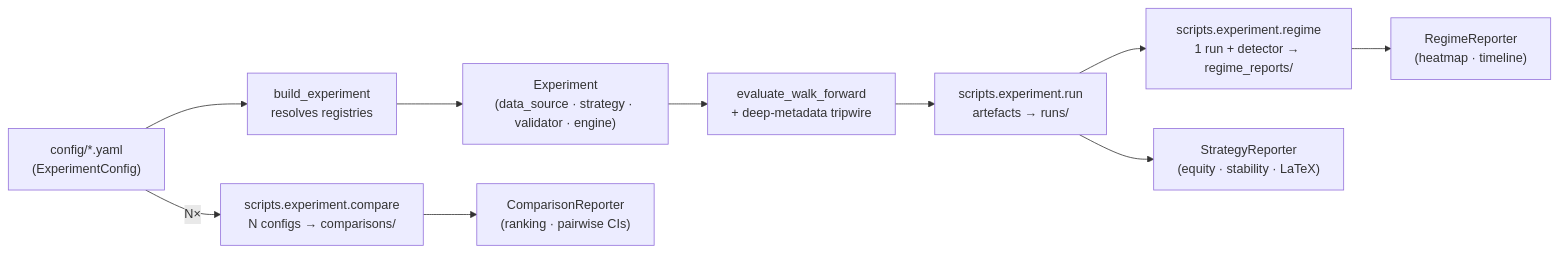
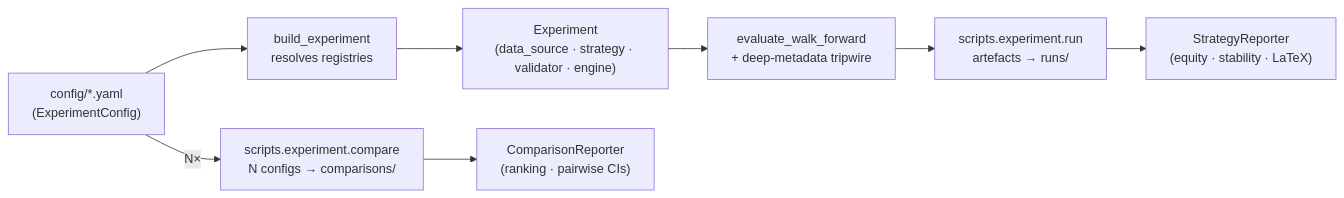
One commit to Alextz307/quantforge changed the fourth of 5 diagrams in README.md. Above: the diagram before and after it, drawn with Mermaid. The commit also changed other lines of this file and 84 other files, not shown here.

````diff
--- a/README.md
+++ b/README.md
@@ -162,18 +161,15 @@
 ```mermaid
 graph LR
     Config["config/*.yaml<br/>(ExperimentConfig)"]
     Builder["build_experiment<br/>resolves registries"]
     Experiment["Experiment<br/>(data_source · strategy · validator · engine)"]
     WalkForward["evaluate_walk_forward<br/>+ deep-metadata tripwire"]
     RunCLI["scripts.experiment.run<br/>artefacts → runs/"]
     CompareCLI["scripts.experiment.compare<br/>N configs → comparisons/"]
-    RegimeCLI["scripts.experiment.regime<br/>1 run + detector → regime_reports/"]
     StrategyReporter["StrategyReporter<br/>(equity · stability · LaTeX)"]
     ComparisonReporter["ComparisonReporter<br/>(ranking · pairwise CIs)"]
-    RegimeReporter["RegimeReporter<br/>(heatmap · timeline)"]
 
     Config --> Builder --> Experiment --> WalkForward
     WalkForward --> RunCLI --> StrategyReporter
     Config -->|N×| CompareCLI --> ComparisonReporter
-    RunCLI --> RegimeCLI --> RegimeReporter
 ```
````
